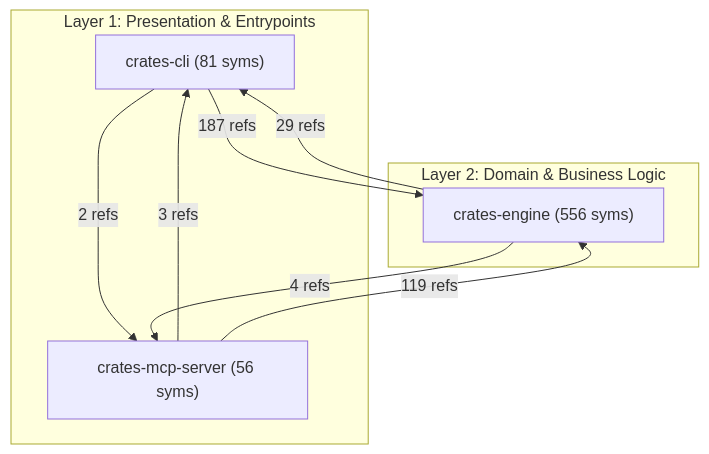
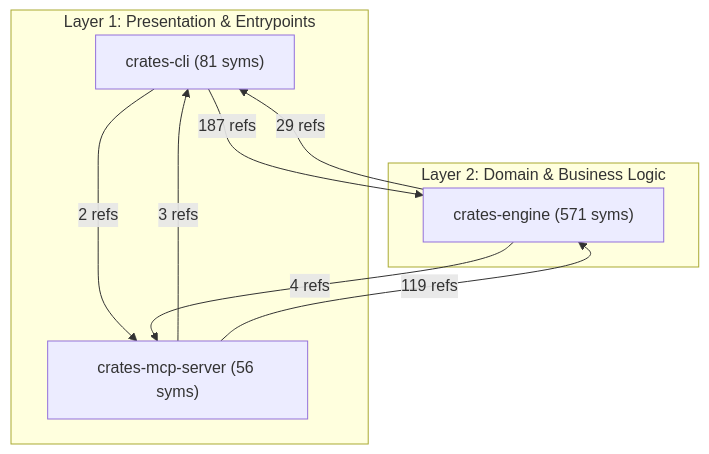
One commit to MatinBodaghi/repotrim changed the diagram in docs/ARCHITECTURE.md. Above: the diagram before and after it, drawn with Mermaid. The commit also changed other lines of this file and 5 other files, not shown here.

````diff
--- a/docs/ARCHITECTURE.md
+++ b/docs/ARCHITECTURE.md
@@ -21,18 +21,18 @@
 ```mermaid
 flowchart TD
     subgraph Presentation["Layer 1: Presentation & Entrypoints"]
         subsys_crates_cli["crates-cli (81 syms)"]
         subsys_crates_mcp_server["crates-mcp-server (56 syms)"]
     end
 
     subgraph Domain["Layer 2: Domain & Business Logic"]
-        subsys_crates_engine["crates-engine (556 syms)"]
+        subsys_crates_engine["crates-engine (571 syms)"]
     end
 
     subsys_crates_cli -->|"187 refs"| subsys_crates_engine
     subsys_crates_cli -->|"2 refs"| subsys_crates_mcp_server
     subsys_crates_mcp_server -->|"3 refs"| subsys_crates_cli
     subsys_crates_mcp_server -->|"119 refs"| subsys_crates_engine
     subsys_crates_engine -->|"29 refs"| subsys_crates_cli
     subsys_crates_engine -->|"4 refs"| subsys_crates_mcp_server
 ```
````
